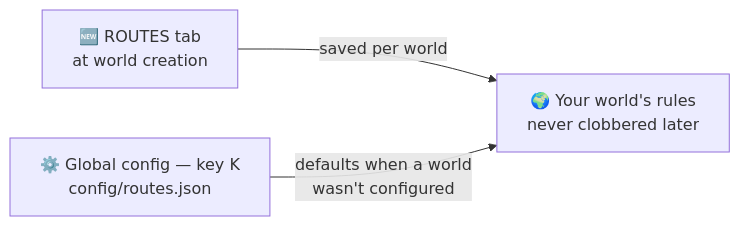
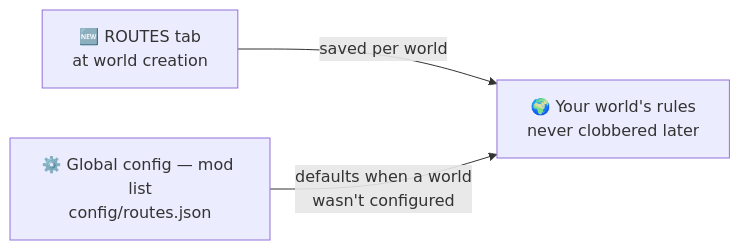
One commit to manucruzleiva/mod-wiki changed the diagram in docs/routes/configuration.md. Above: the diagram before and after it, drawn with Mermaid. The commit also changed other lines of this file and 11 other files, not shown here.

````diff
--- a/docs/routes/configuration.md
+++ b/docs/routes/configuration.md
@@ -12,5 +12,5 @@
 ```mermaid
 flowchart LR
     T[🆕 ROUTES tab<br/>at world creation] -->|saved per world| W[🌍 Your world's rules<br/>never clobbered later]
-    K[⚙️ Global config — key K<br/>config/routes.json] -->|defaults when a world<br/>wasn't configured| W
+    K[⚙️ Global config — mod list<br/>config/routes.json] -->|defaults when a world<br/>wasn't configured| W
 ```
````
